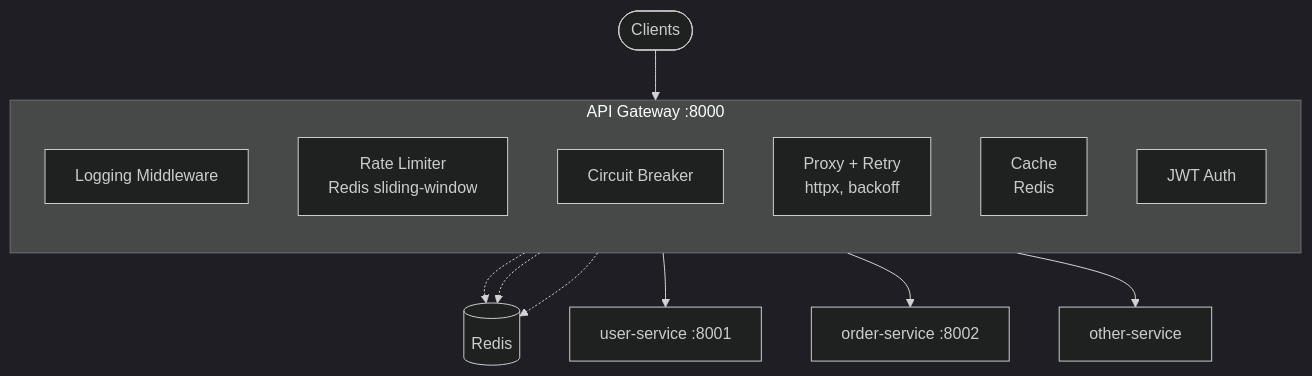
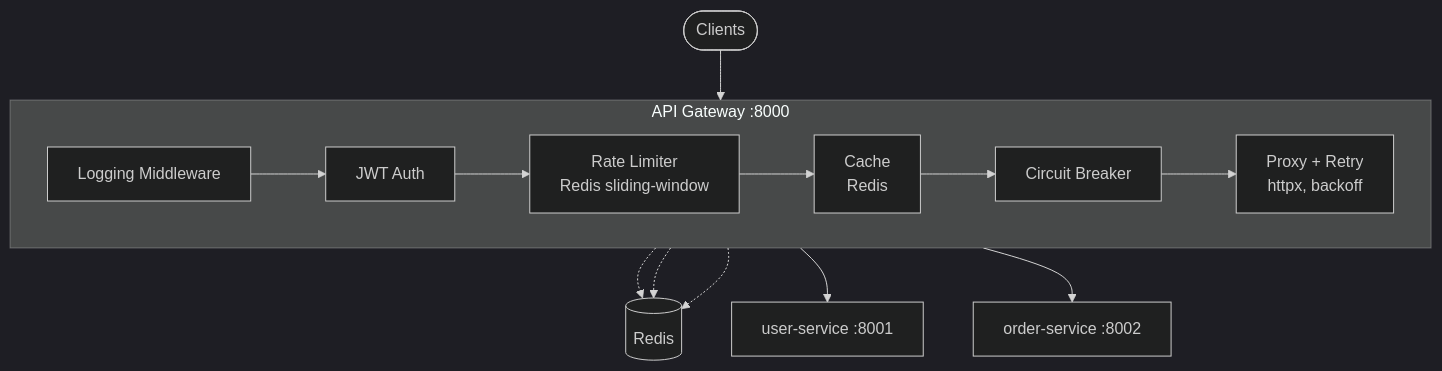
Before and after one commit to DimitriosDalaklidhs/api-gateway: the first of 2 diagrams in README.md, drawn with Mermaid (dark theme).

Commit message:
Update API Gateway flowchart direction and connections
Changed the direction of the API Gateway flowchart from top-to-bottom to left-to-right and updated service connections accordingly.

````diff
--- a/README.md
+++ b/README.md
@@ -7,27 +7,31 @@
 ```mermaid
 flowchart TB
     Clients([Clients])
 
     subgraph Gateway["API Gateway :8000"]
-        direction TB
+        direction LR
         LM[Logging Middleware]
         RL[Rate Limiter<br/>Redis sliding-window]
         CB[Circuit Breaker]
         PR[Proxy + Retry<br/>httpx, backoff]
         CA[Cache<br/>Redis]
         JWT[JWT Auth]
+
+        LM --> JWT
+        JWT --> RL
+        RL --> CA
+        CA --> CB
+        CB --> PR
     end
 
     Redis[(Redis)]
     US[user-service :8001]
     OS[order-service :8002]
-    XS[other-service]
 
-    Clients --> Gateway
+    Clients --> LM
     RL -.-> Redis
     CB -.-> Redis
     CA -.-> Redis
-    Gateway --> US
-    Gateway --> OS
-    Gateway --> XS
+    PR --> US
+    PR --> OS
 ```
````
